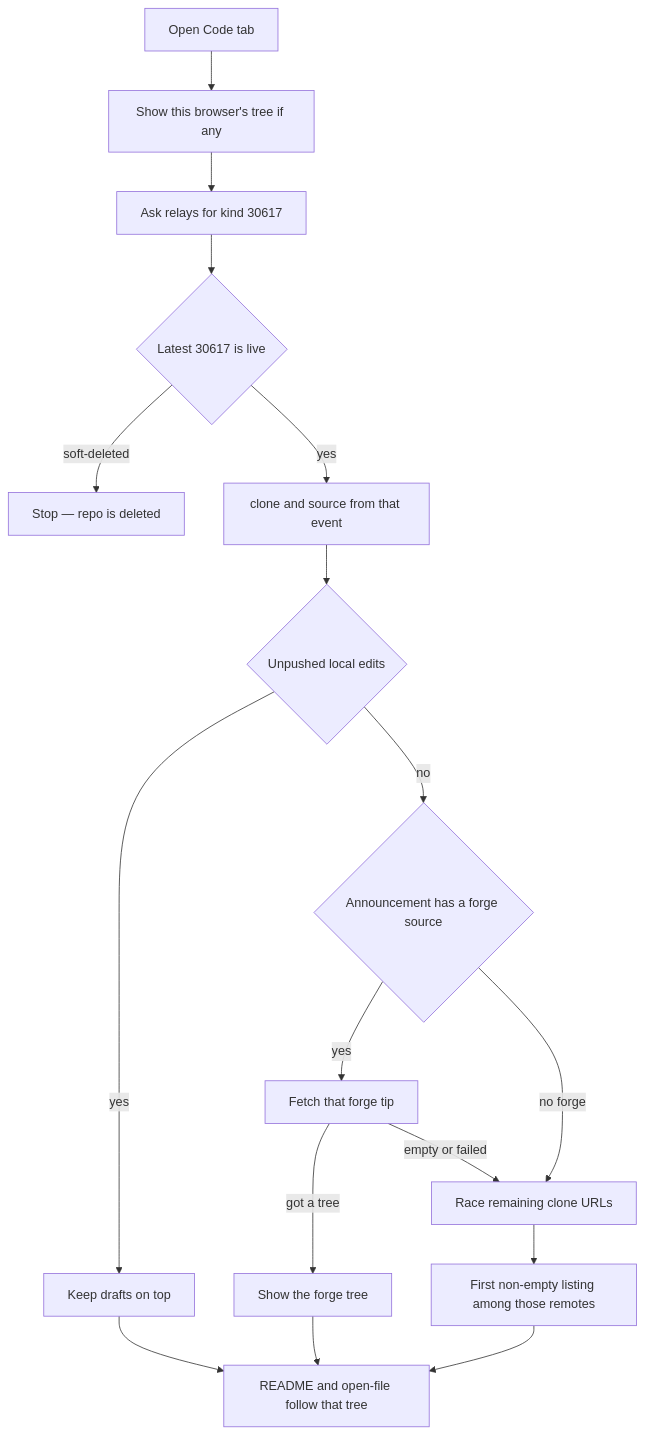
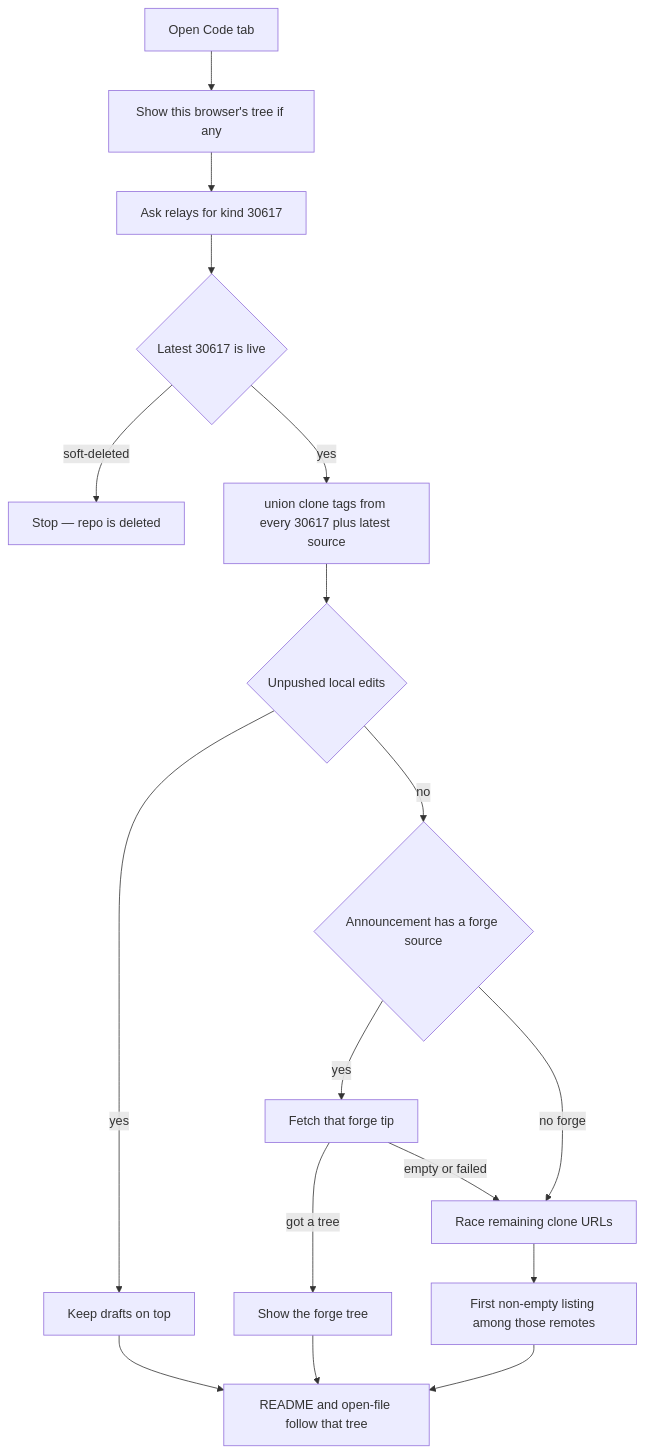
One commit to arbadacarbaYK/gittr changed the diagram in docs/FILE_FETCHING_INSIGHTS.md. Above: the diagram before and after it, drawn with Mermaid. The commit also changed other lines of this file and 10 other files, not shown here.

First line of the commit message:
Keep every Push clone URL after a thinner later 30617.

````diff
--- a/docs/FILE_FETCHING_INSIGHTS.md
+++ b/docs/FILE_FETCHING_INSIGHTS.md
@@ -34,19 +35,19 @@
 ```mermaid
 flowchart TD
   open[Open Code tab] --> cache[Show this browser's tree if any]
   cache --> nostr[Ask relays for kind 30617]
   nostr --> live{Latest 30617 is live}
   live -->|soft-deleted| gone[Stop — repo is deleted]
-  live -->|yes| tags[clone and source from that event]
+  live -->|yes| tags[union clone tags from every 30617 plus latest source]
   tags --> drafts{Unpushed local edits}
   drafts -->|yes| keep[Keep drafts on top]
   drafts -->|no| forge{Announcement has a forge source}
   forge -->|yes| gh[Fetch that forge tip]
   gh -->|got a tree| showSrc[Show the forge tree]
   gh -->|empty or failed| race[Race remaining clone URLs]
   forge -->|no forge| race
   race --> first[First non-empty listing among those remotes]
   keep --> readme[README and open-file follow that tree]
   showSrc --> readme
   first --> readme
 ```
````
